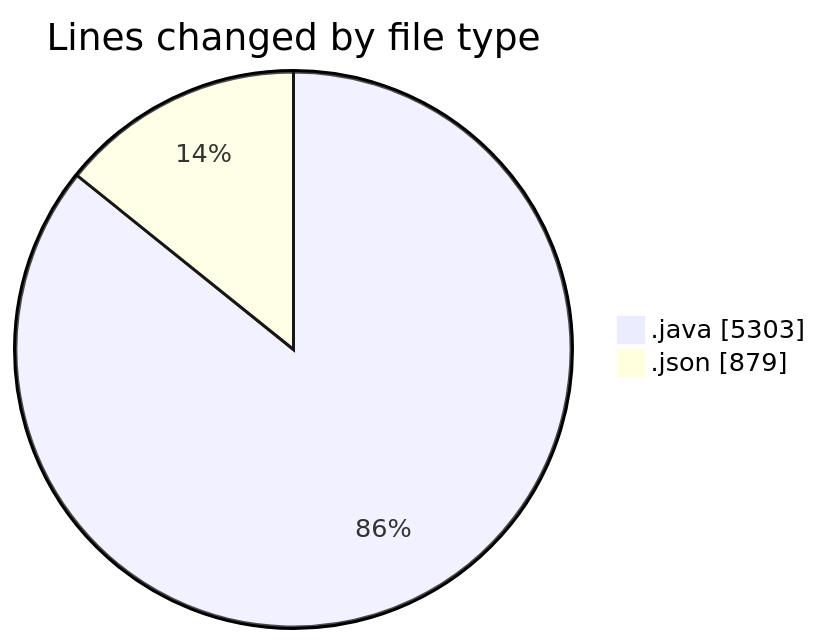
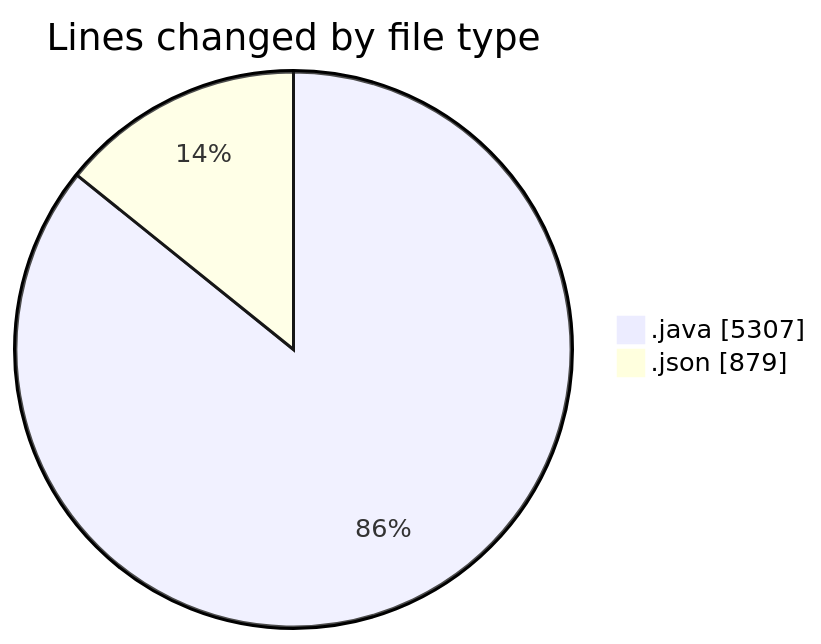
The first of 2 diagrams in 2026-03-18/cilapp/README.md (ricardozamudiocil/code-tracking), drawn with Mermaid before and after one commit. The commit also changed other lines of this file and 1 other file, not shown here.

````diff
--- a/2026-03-18/cilapp/README.md
+++ b/2026-03-18/cilapp/README.md
@@ -23,6 +23,6 @@
 ```mermaid
 pie showData
 title Lines changed by file type
-".java" : 5303
+".java" : 5307
 ".json" : 879
 ```
````
